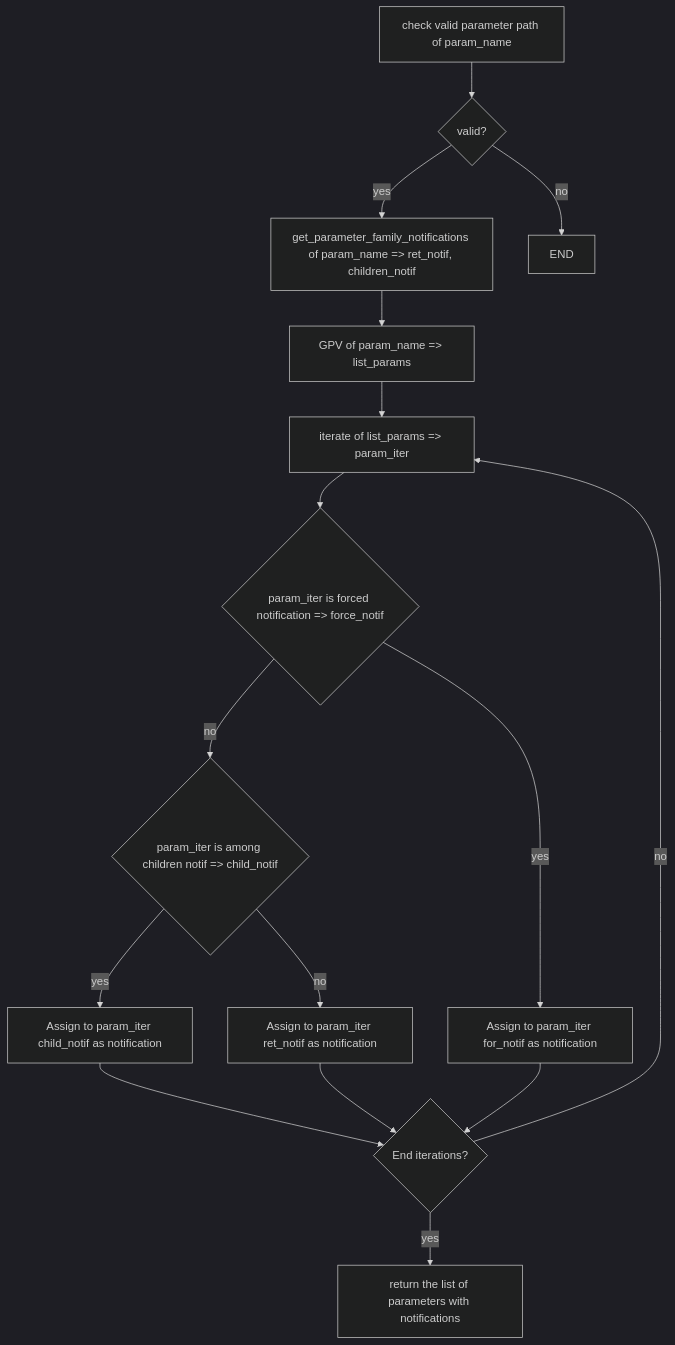
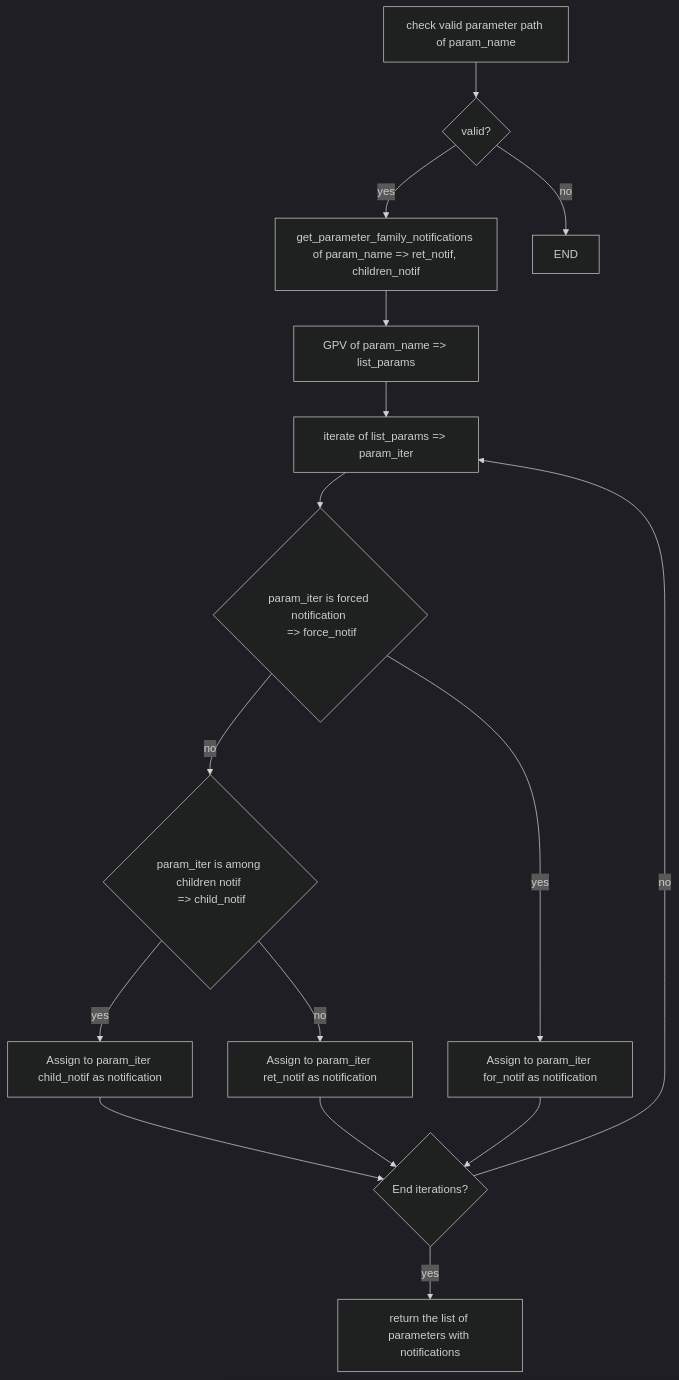
The third of 5 diagrams in docs/design/notifications.md (gebruno/icwmp), drawn with Mermaid (dark theme) before and after one commit. The commit also changed other lines of this file and 8 other files, not shown here.

````diff
--- a/docs/design/notifications.md
+++ b/docs/design/notifications.md
@@ -63,18 +63,18 @@
  ```mermaid
 flowchart TD
 	A[check valid parameter path of param_name] --> B{valid?}
 	B -- yes --> C[get_parameter_family_notifications of param_name => ret_notif, children_notif]
-    B -- no --> D[END]
-    C --> E[GPV of param_name => list_params]
-    E --> F[iterate of list_params => param_iter]
-    F --> G{param_iter is forced notification => force_notif}
-    G -- no --> H{param_iter is among children notif => child_notif}
-    H -- yes --> I[Assign to param_iter child_notif as notification]
-    G -- yes --> J[Assign to param_iter for_notif as notification]
-    H -- no --> K[Assign to param_iter ret_notif as notification]
-    I --> L{End iterations?}
-    J --> L
-    K --> L
-    L -- no --> F
-    L -- yes --> M[return the list of parameters with notifications]
+	B -- no --> D[END]
+	C --> E[GPV of param_name => list_params]
+	E --> F[iterate of list_params => param_iter]
+	F --> G{param_iter is forced notification <br> => force_notif}
+	G -- no --> H{param_iter is among children notif <br> => child_notif}
+	H -- yes --> I[Assign to param_iter child_notif as notification]
+	G -- yes --> J[Assign to param_iter for_notif as notification]
+	H -- no --> K[Assign to param_iter ret_notif as notification]
+	I --> L{End iterations?}
+	J --> L
+	K --> L
+	L -- no --> F
+	L -- yes --> M[return the list of parameters with notifications]
 ```
````
